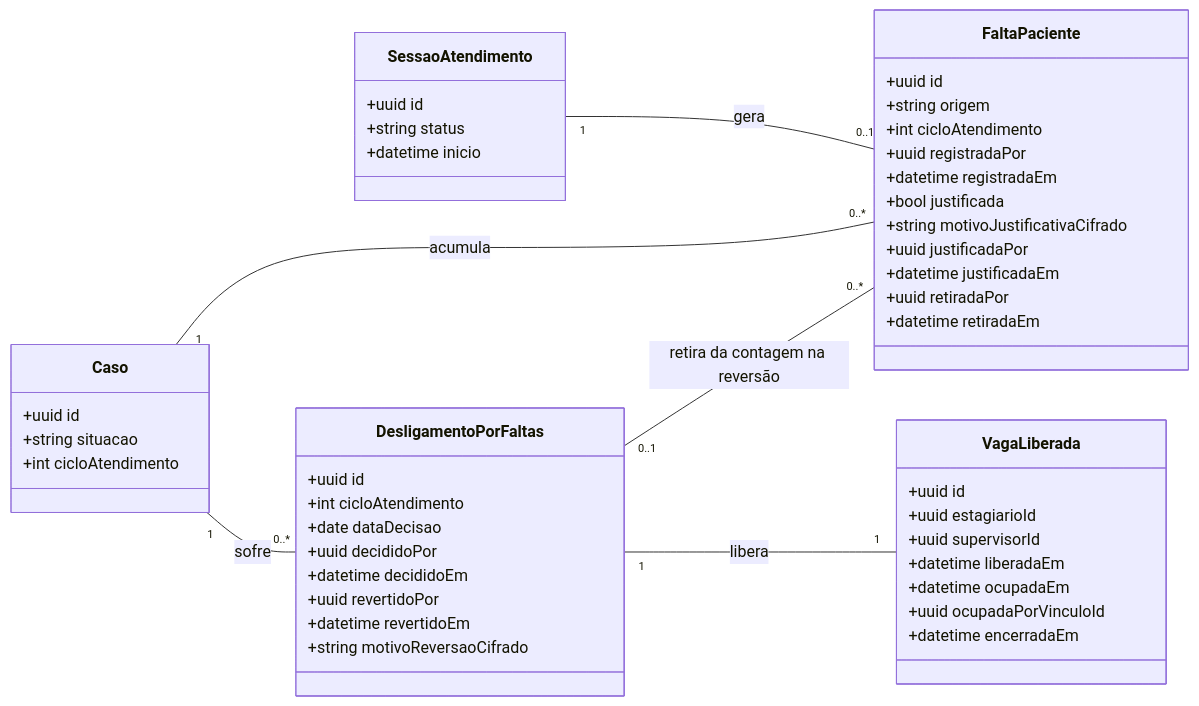
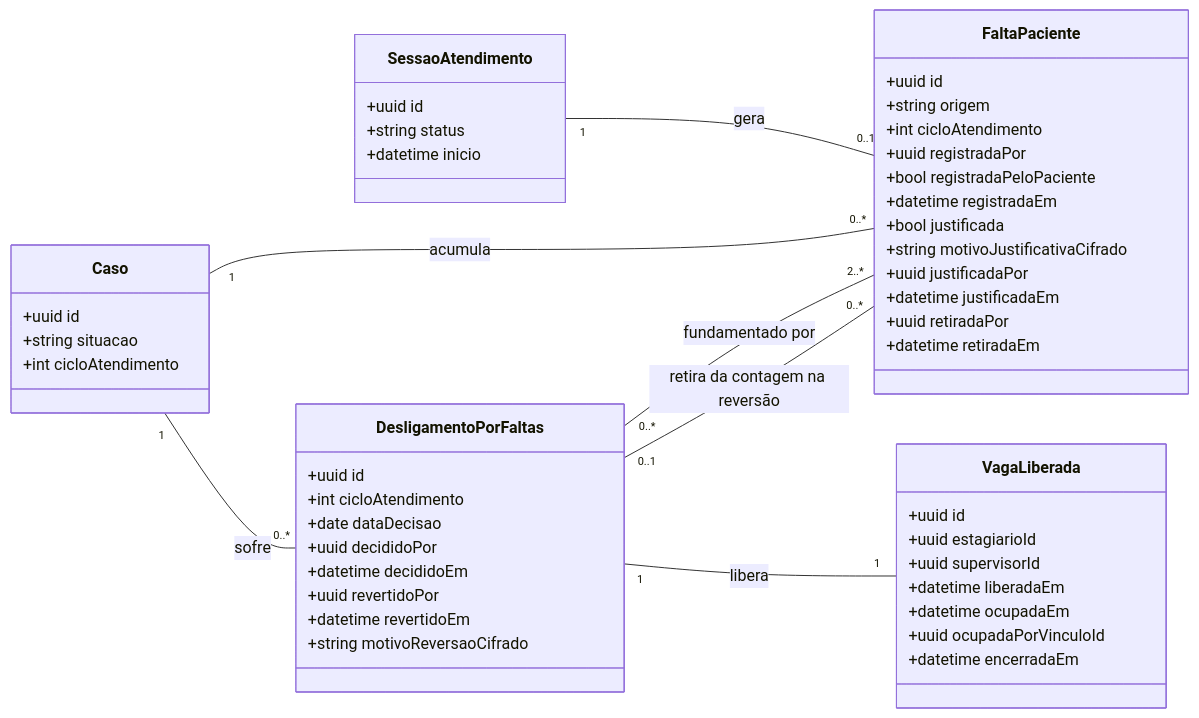
Before and after one commit to mdsreq-fga-unb/REQ-2026.2-T02-ClinicaEscolaFBr: diagram 19 of 24 in documentacao/docs/unidade-3/projeto-features-ciclo-4.md, drawn with Mermaid. The commit also changed other lines of this file and 1 other file, not shown here.

````diff
--- a/documentacao/docs/unidade-3/projeto-features-ciclo-4.md
+++ b/documentacao/docs/unidade-3/projeto-features-ciclo-4.md
@@ -792,51 +792,53 @@
 ```mermaid
 classDiagram
     direction LR
     class SessaoAtendimento {
       +uuid id
       +string status
       +datetime inicio
     }
     class Caso {
       +uuid id
       +string situacao
       +int cicloAtendimento
     }
     class FaltaPaciente {
       +uuid id
       +string origem
       +int cicloAtendimento
       +uuid registradaPor
+      +bool registradaPeloPaciente
       +datetime registradaEm
       +bool justificada
       +string motivoJustificativaCifrado
       +uuid justificadaPor
       +datetime justificadaEm
       +uuid retiradaPor
       +datetime retiradaEm
     }
     class DesligamentoPorFaltas {
       +uuid id
       +int cicloAtendimento
       +date dataDecisao
       +uuid decididoPor
       +datetime decididoEm
       +uuid revertidoPor
       +datetime revertidoEm
       +string motivoReversaoCifrado
     }
     class VagaLiberada {
       +uuid id
       +uuid estagiarioId
       +uuid supervisorId
       +datetime liberadaEm
       +datetime ocupadaEm
       +uuid ocupadaPorVinculoId
       +datetime encerradaEm
     }
     SessaoAtendimento "1" -- "0..1" FaltaPaciente : gera
     Caso "1" -- "0..*" FaltaPaciente : acumula
     Caso "1" -- "0..*" DesligamentoPorFaltas : sofre
     DesligamentoPorFaltas "1" -- "1" VagaLiberada : libera
+    DesligamentoPorFaltas "0..*" -- "2..*" FaltaPaciente : fundamentado por
     DesligamentoPorFaltas "0..1" -- "0..*" FaltaPaciente : retira da contagem na reversão
 ```
````
